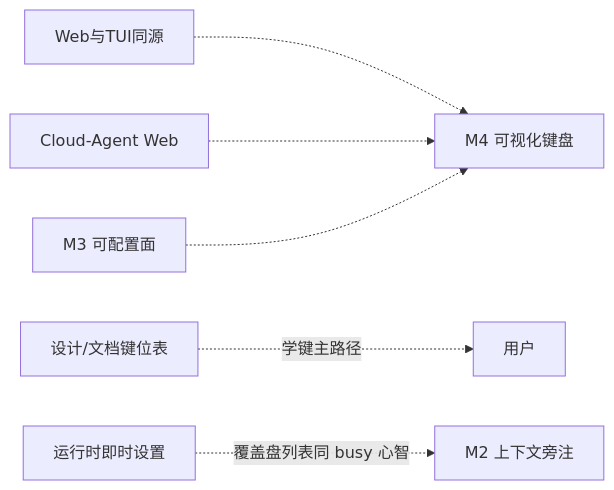
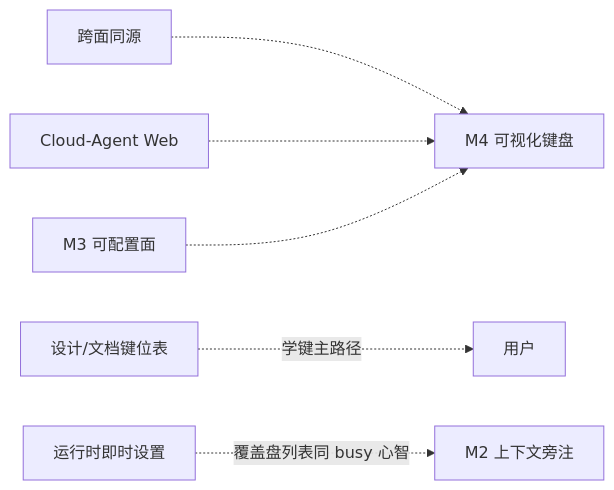
One commit to StrayDragon/xylitol changed the diagram in docs/roadmaps/键位与命令发现.md. Above: the diagram before and after it, drawn with Mermaid. The commit also changed other lines of this file and 27 other files, not shown here.

````diff
--- a/docs/roadmaps/键位与命令发现.md
+++ b/docs/roadmaps/键位与命令发现.md
@@ -49,9 +49,9 @@
 ```mermaid
 flowchart LR
   M2["M2 上下文旁注"]
-  Homo["Web与TUI同源"] -.-> M4
+  Homo["跨面同源"] -.-> M4
   Web["Cloud-Agent Web"] -.-> M4["M4 可视化键盘"]
   Docs["设计/文档键位表"] -.->|学键主路径| User["用户"]
   Live["运行时即时设置"] -.->|覆盖盘列表同 busy 心智| M2
   M3["M3 可配置面"] -.-> M4
 ```
````
